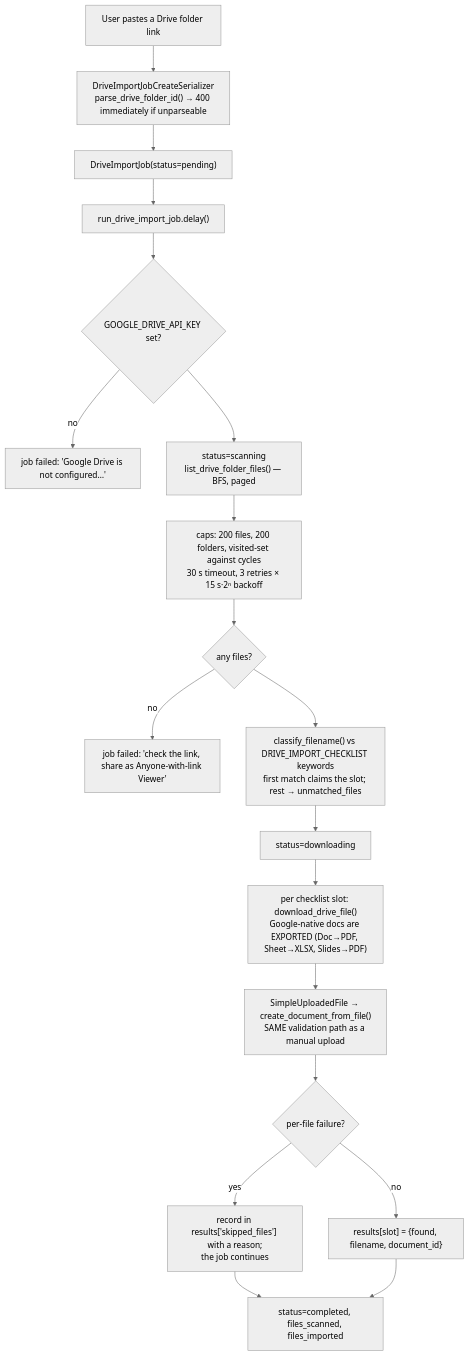
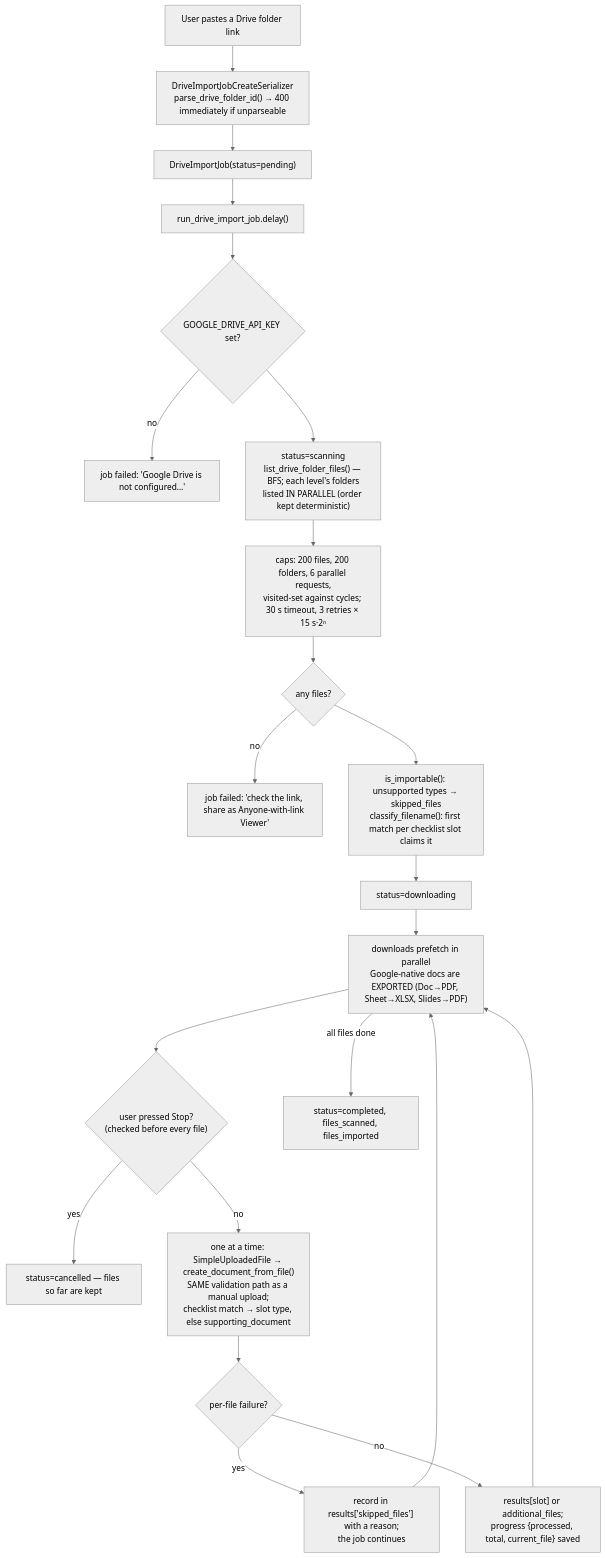
One commit to jagadesh-alpha8/AI-READY changed diagram 17 of 21 in PROJECT_WORKFLOW_AND_TECHNICAL_REPORT.md. Above: the diagram before and after it, drawn with Mermaid (neutral theme). The commit also changed other lines of this file, not shown here.

````diff
--- a/PROJECT_WORKFLOW_AND_TECHNICAL_REPORT.md
+++ b/PROJECT_WORKFLOW_AND_TECHNICAL_REPORT.md
@@ -2359,21 +2880,24 @@
 ```mermaid
 flowchart TD
     A["User pastes a Drive folder link"] --> B["DriveImportJobCreateSerializer<br/>parse_drive_folder_id() → 400 immediately if unparseable"]
     B --> C["DriveImportJob(status=pending)"]
     C --> D["run_drive_import_job.delay()"]
     D --> E{"GOOGLE_DRIVE_API_KEY set?"}
     E -->|no| X1["job failed: 'Google Drive is not configured…'"]
-    E --> F["status=scanning<br/>list_drive_folder_files() — BFS, paged"]
-    F --> F1["caps: 200 files, 200 folders, visited-set against cycles<br/>30 s timeout, 3 retries × 15 s·2ⁿ backoff"]
+    E --> F["status=scanning<br/>list_drive_folder_files() — BFS; each level's folders<br/>listed IN PARALLEL (order kept deterministic)"]
+    F --> F1["caps: 200 files, 200 folders, 6 parallel requests,<br/>visited-set against cycles; 30 s timeout, 3 retries × 15 s·2ⁿ"]
     F1 --> G{"any files?"}
     G -->|no| X2["job failed: 'check the link, share as Anyone-with-link Viewer'"]
-    G --> H["classify_filename() vs DRIVE_IMPORT_CHECKLIST keywords<br/>first match claims the slot; rest → unmatched_files"]
+    G --> H["is_importable(): unsupported types → skipped_files<br/>classify_filename(): first match per checklist slot claims it"]
     H --> I["status=downloading"]
-    I --> J["per checklist slot: download_drive_file()<br/>Google-native docs are EXPORTED (Doc→PDF, Sheet→XLSX, Slides→PDF)"]
-    J --> K["SimpleUploadedFile → create_document_from_file()<br/>SAME validation path as a manual upload"]
+    I --> J["downloads prefetch in parallel<br/>Google-native docs are EXPORTED (Doc→PDF, Sheet→XLSX, Slides→PDF)"]
+    J --> STOP{"user pressed Stop?<br/>(checked before every file)"}
+    STOP -->|yes| CAN["status=cancelled — files so far are kept"]
+    STOP -->|no| K["one at a time: SimpleUploadedFile → create_document_from_file()<br/>SAME validation path as a manual upload;<br/>checklist match → slot type, else supporting_document"]
     K --> L{"per-file failure?"}
     L -->|yes| M["record in results['skipped_files'] with a reason;<br/>the job continues"]
-    L -->|no| N["results[slot] = {found, filename, document_id}"]
-    M --> O
-    N --> O["status=completed, files_scanned, files_imported"]
+    L -->|no| N["results[slot] or additional_files;<br/>progress {processed, total, current_file} saved"]
+    M --> J
+    N --> J
+    J -->|"all files done"| O["status=completed, files_scanned, files_imported"]
 ```
````
